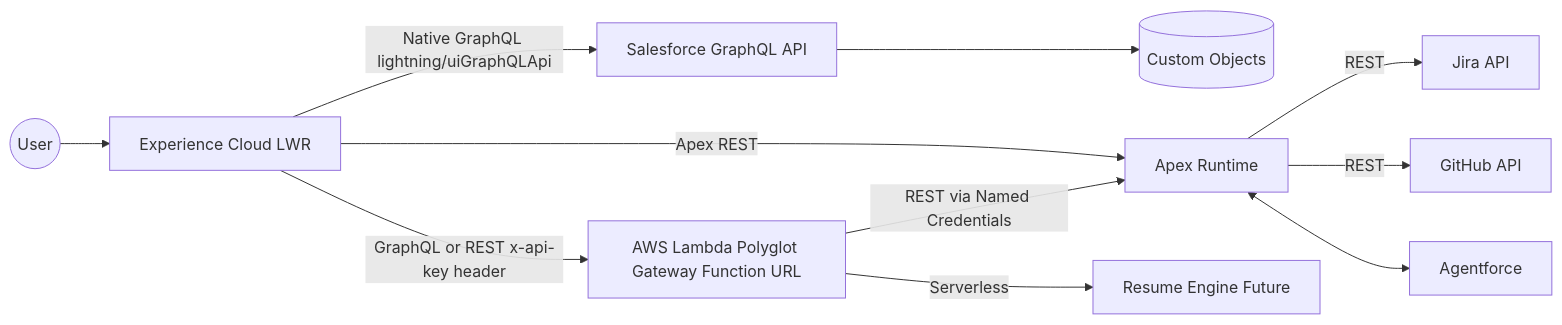
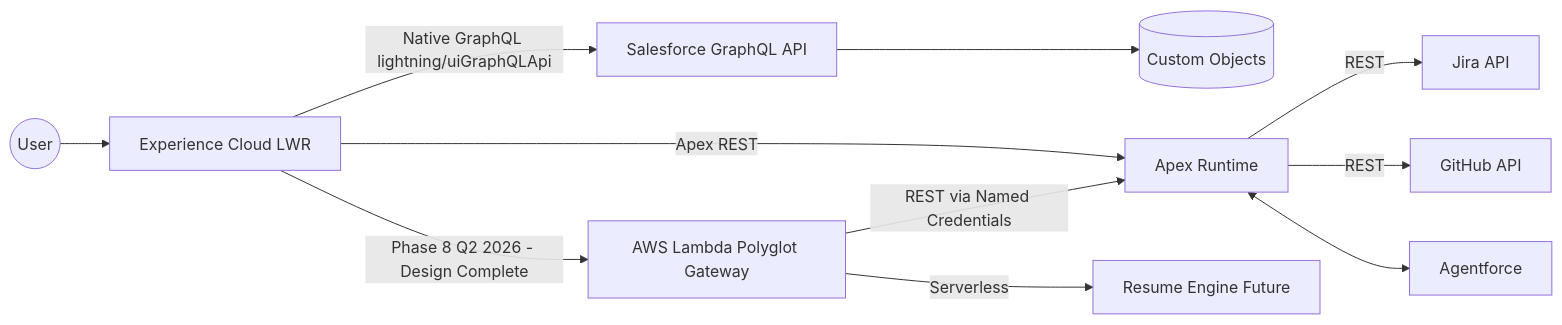
Before and after one commit to rdbumstead/salesforce-architect-portfolio: the first of 4 diagrams in docs/guides/03-SAS.md, drawn with Mermaid. The commit also changed 6 other files, not shown here.

Commit message:
docs: update architecture guides and api specs

````diff
--- a/docs/guides/03-SAS.md
+++ b/docs/guides/03-SAS.md
@@ -69,25 +69,25 @@
 ```mermaid
 graph LR
     User((User)) --> LWR[Experience Cloud LWR]
 
     %% DOOR 1 - Native Salesforce GraphQL MVP Q1 2026
     LWR -->|Native GraphQL lightning/uiGraphQLApi| SF_GQL[Salesforce GraphQL API]
     SF_GQL --> DB[(Custom Objects)]
 
     %% DOOR 2 - External Polyglot BFF Phase 8 Q2 2026
-    LWR -->|GraphQL or REST x-api-key header| Lambda[AWS Lambda Polyglot Gateway Function URL]
+    LWR -->|Phase 8 Q2 2026 - Design Complete| Lambda[AWS Lambda Polyglot Gateway]
 
     %% Classic Apex REST path
     LWR -->|Apex REST| Apex[Apex Runtime]
     Lambda -->|REST via Named Credentials| Apex
 
     %% External integrations
     Apex -->|REST| Jira[Jira API]
     Apex -->|REST| GitHub[GitHub API]
 
     %% Future extensions
     Lambda -->|Serverless| Resume[Resume Engine Future]
 
     %% AI stays on-platform
     Apex <--> AI[Agentforce]
 ```
````
